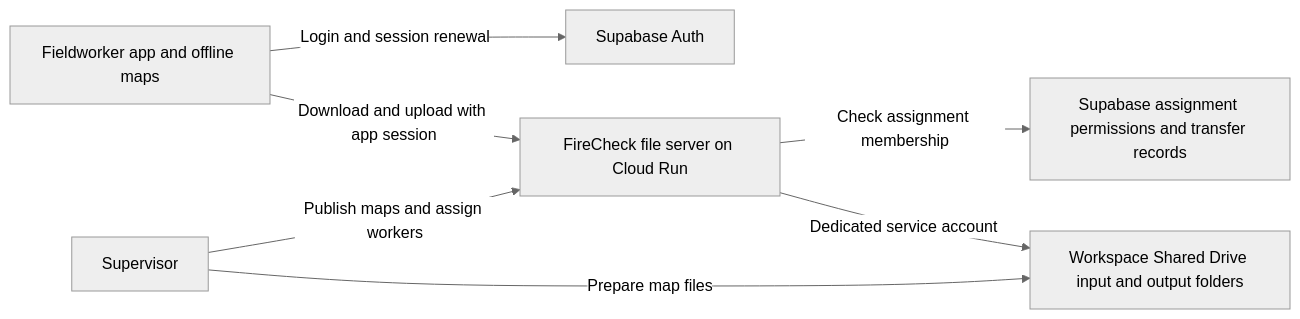
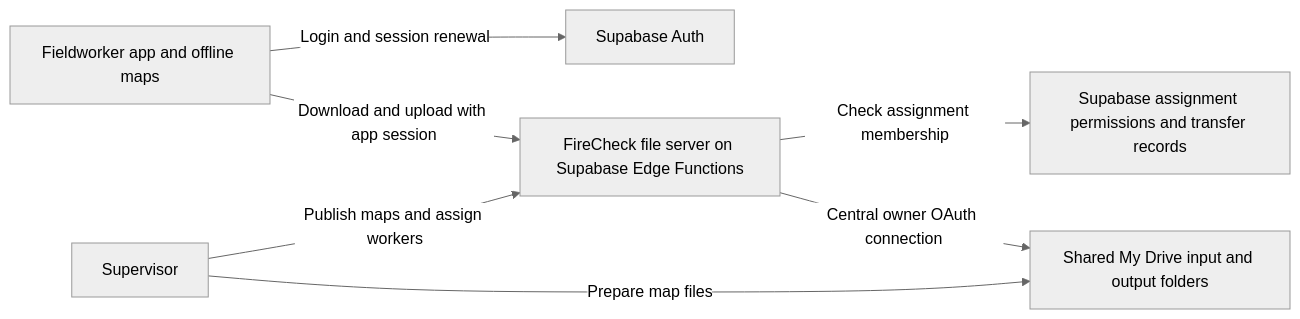
Before and after one commit to jlescarlan11/firecheck: the diagram in docs/architecture/2026-09-15-drive-gateway.md, drawn with Mermaid (neutral theme). The commit also changed other lines of this file and 65 other files, not shown here.

Commit message:
feat: integrate hosted Drive gateway and mobile uploads

````diff
--- a/docs/architecture/2026-09-15-drive-gateway.md
+++ b/docs/architecture/2026-09-15-drive-gateway.md
@@ -16,15 +18,15 @@
 ```mermaid
 flowchart LR
   phone["Fieldworker app and offline maps"]
   auth["Supabase Auth"]
-  gateway["FireCheck file server on Cloud Run"]
+  gateway["FireCheck file server on Supabase Edge Functions"]
   db["Supabase assignment permissions and transfer records"]
-  drive["Workspace Shared Drive input and output folders"]
+  drive["Shared My Drive input and output folders"]
   admin["Supervisor"]
   phone -->|Login and session renewal| auth
   phone -->|Download and upload with app session| gateway
   gateway -->|Check assignment membership| db
-  gateway -->|Dedicated service account| drive
+  gateway -->|Central owner OAuth connection| drive
   admin -->|Prepare map files| drive
   admin -->|Publish maps and assign workers| gateway
 ```
````
